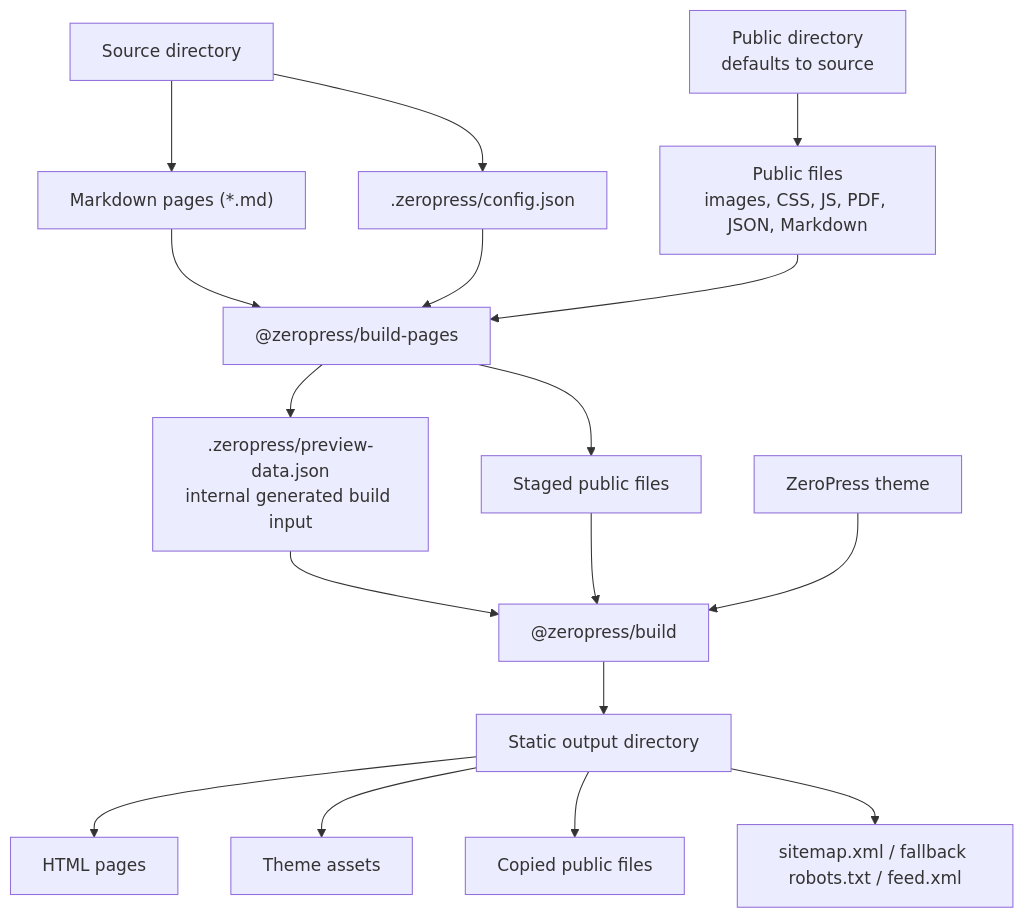
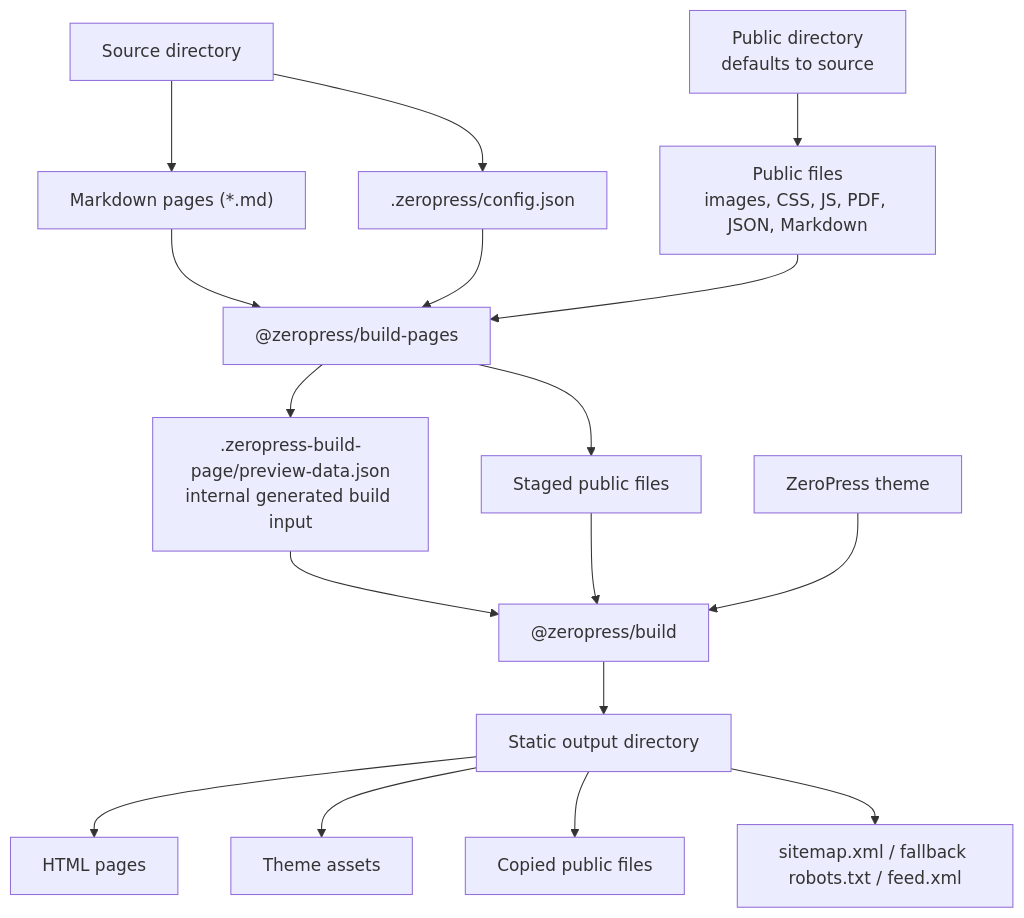
One commit to zeropress-app/zeropress-build-pages changed the diagram in README.md. Above: the diagram before and after it, drawn with Mermaid. The commit also changed other lines of this file and 9 other files, not shown here.

````diff
--- a/README.md
+++ b/README.md
@@ -33,23 +33,23 @@
 ```mermaid
 flowchart TD
   source["Source directory"] --> markdown["Markdown pages (*.md)"]
   source --> config[".zeropress/config.json"]
   publicRoot["Public directory<br/>defaults to source"] --> publicFiles["Public files<br/>images, CSS, JS, PDF, JSON, Markdown"]
 
   markdown --> buildPages["@zeropress/build-pages"]
   config --> buildPages
   publicFiles --> buildPages
 
-  buildPages --> previewData[".zeropress/preview-data.json<br/>internal generated build input"]
+  buildPages --> previewData[".zeropress-build-page/preview-data.json<br/>internal generated build input"]
   buildPages --> stagedPublic["Staged public files"]
 
   previewData --> build["@zeropress/build"]
   stagedPublic --> build
   theme["ZeroPress theme"] --> build
 
   build --> output["Static output directory"]
   output --> html["HTML pages"]
   output --> assets["Theme assets"]
   output --> copied["Copied public files"]
   output --> special["sitemap.xml / fallback robots.txt / feed.xml"]
 ```
````
